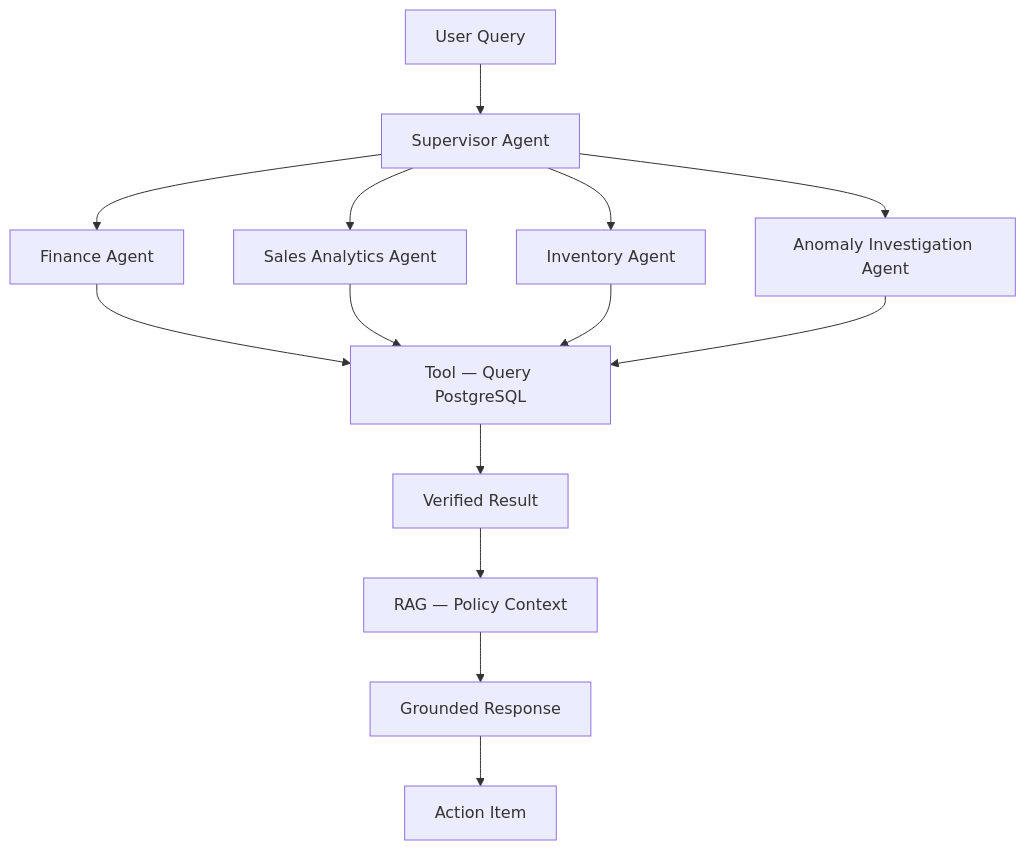
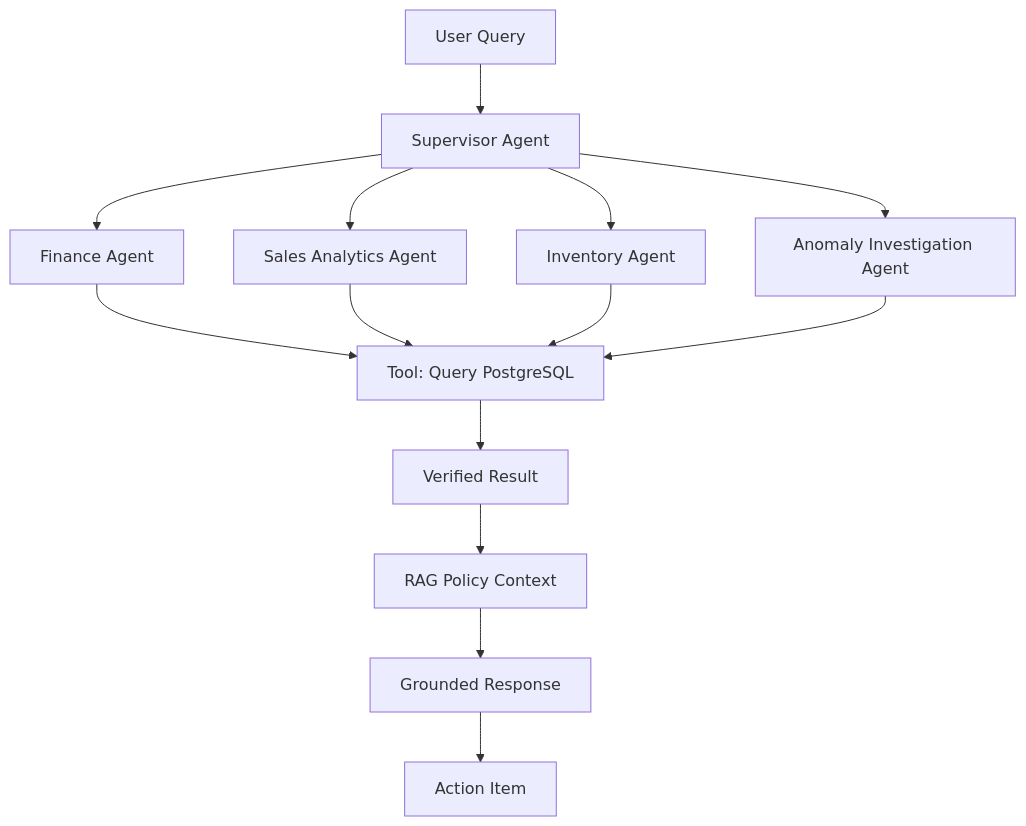
One commit to OjusGupta/Finsight changed the third of 4 diagrams in README.md. Above: the diagram before and after it, drawn with Mermaid. The commit also changed other lines of this file, not shown here.

Commit message:
fix: correct Mermaid diagram syntax for GitHub rendering

````diff
--- a/README.md
+++ b/README.md
@@ -87,13 +84,16 @@
 ```mermaid
 flowchart TD
     A[User Query] --> B[Supervisor Agent]
     B --> C[Finance Agent]
     B --> D[Sales Analytics Agent]
     B --> E[Inventory Agent]
     B --> F[Anomaly Investigation Agent]
-    C & D & E & F --> G[Tool — Query PostgreSQL]
+    C --> G[Tool: Query PostgreSQL]
+    D --> G
+    E --> G
+    F --> G
     G --> H[Verified Result]
-    H --> I[RAG — Policy Context]
+    H --> I[RAG Policy Context]
     I --> J[Grounded Response]
     J --> K[Action Item]
 ```
````
